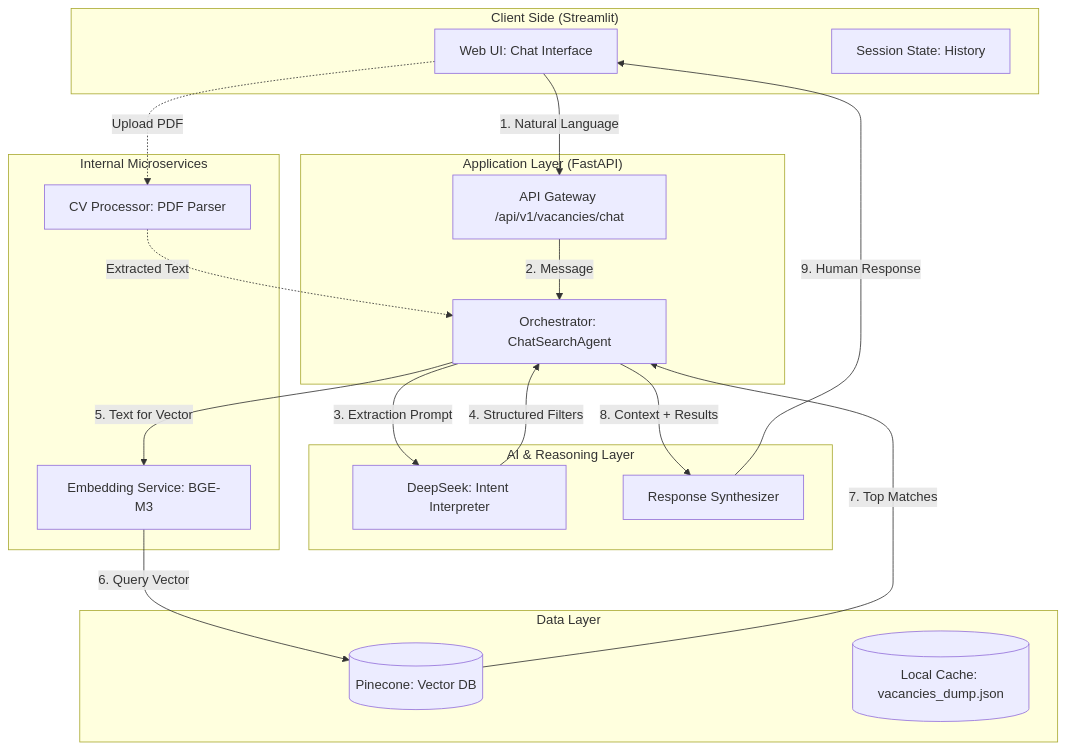
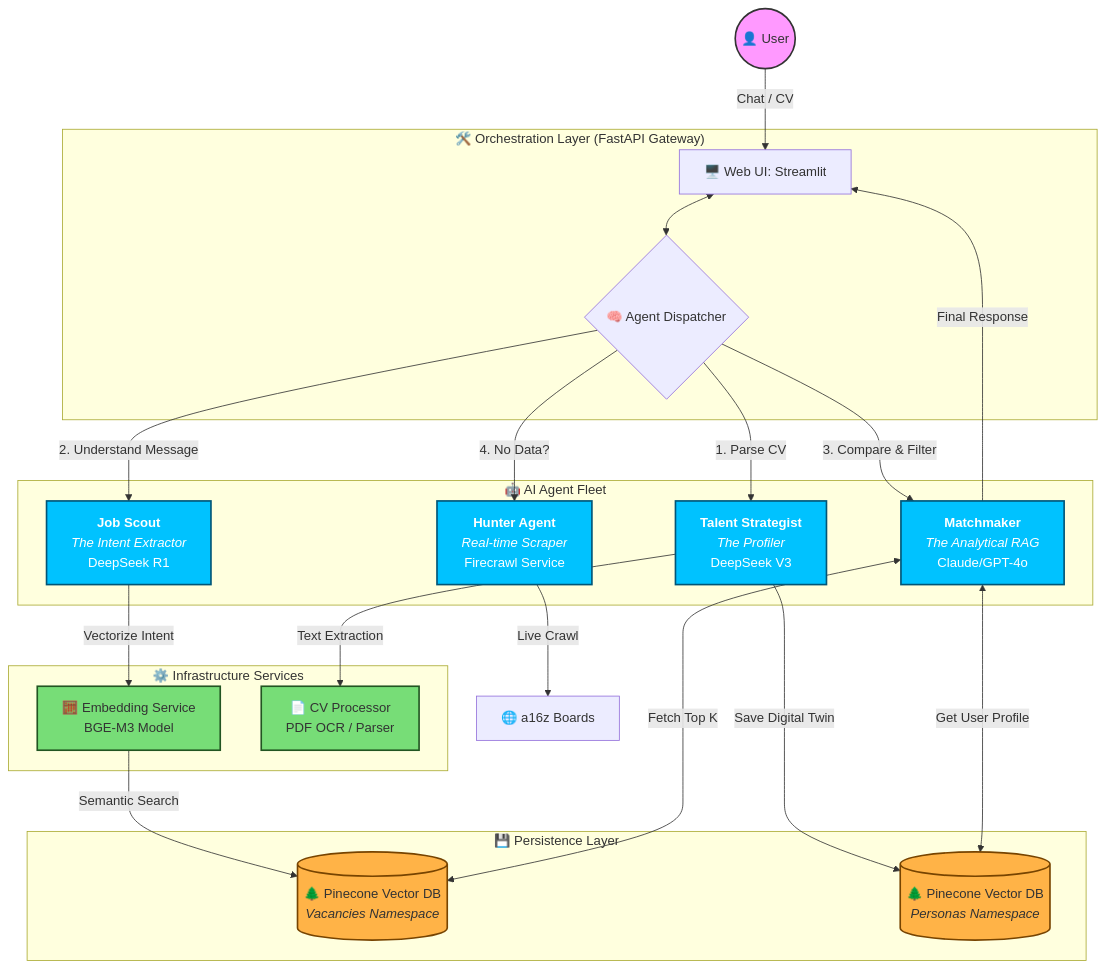
One commit to kkonst-bond-edu/funds-search changed the second of 5 diagrams in README.md. Above: the diagram before and after it, drawn with Mermaid. The commit also changed 2 other files, not shown here.

Commit message:
Update System Design diagram with multi-agent architecture details

````diff
--- a/README.md
+++ b/README.md
@@ -100,42 +100,54 @@
 ```mermaid
 graph TD
-    subgraph "Client Side (Streamlit)"
-        UI[Web UI: Chat Interface]
-        SS[Session State: History]
+    %% Colors and Styles
+    classDef user fill:#f9f,stroke:#333,stroke-width:2px;
+    classDef agent fill:#00c2ff,stroke:#005577,stroke-width:2px,color:#fff;
+    classDef service fill:#77dd77,stroke:#225522,stroke-width:2px;
+    classDef database fill:#ffb347,stroke:#774400,stroke-width:2px;
+
+    %% Client Side
+    USER((👤 User)):::user -->|Chat / CV| UI[🖥️ Web UI: Streamlit]
+
+    subgraph "🛠️ Orchestration Layer (FastAPI Gateway)"
+        UI <--> HUB{🧠 Agent Dispatcher}
     end
 
-    subgraph "Application Layer (FastAPI)"
-        ORC[Orchestrator: ChatSearchAgent]
-        API[API Gateway /api/v1/vacancies/chat]
+    %% Specialized Agents
+    subgraph "🤖 AI Agent Fleet"
+        TS[<b>Talent Strategist</b><br/><i>The Profiler</i><br/>DeepSeek V3]:::agent
+        JS[<b>Job Scout</b><br/><i>The Intent Extractor</i><br/>DeepSeek R1]:::agent
+        MM[<b>Matchmaker</b><br/><i>The Analytical RAG</i><br/>Claude/GPT-4o]:::agent
+        HA[<b>Hunter Agent</b><br/><i>Real-time Scraper</i><br/>Firecrawl Service]:::agent
     end
 
-    subgraph "AI & Reasoning Layer"
-        LLM[DeepSeek: Intent Interpreter]
-        RS[Response Synthesizer]
+    %% Internal Services
+    subgraph "⚙️ Infrastructure Services"
+        EMB[🧮 Embedding Service<br/>BGE-M3 Model]:::service
+        CV[📄 CV Processor<br/>PDF OCR / Parser]:::service
     end
 
-    subgraph "Internal Microservices"
-        EMB[Embedding Service: BGE-M3]
-        CV[CV Processor: PDF Parser]
+    %% Data Storage
+    subgraph "💾 Persistence Layer"
+        PC[(🌲 Pinecone Vector DB<br/><i>Vacancies Namespace</i>)]:::database
+        PC2[(🌲 Pinecone Vector DB<br/><i>Personas Namespace</i>)]:::database
     end
 
-    subgraph "Data Layer"
-        PC[(Pinecone: Vector DB)]
-        JSON[(Local Cache: vacancies_dump.json)]
-    end
+    %% Connections
+    HUB -->|1. Parse CV| TS
+    TS -->|Text Extraction| CV
+    TS -->|Save Digital Twin| PC2
 
-    %% Flow: User Query
-    UI -->|1. Natural Language| API
-    API -->|2. Message| ORC
-    ORC -->|3. Extraction Prompt| LLM
-    LLM -->|4. Structured Filters| ORC
-    ORC -->|5. Text for Vector| EMB
-    EMB -->|6. Query Vector| PC
-    PC -->|7. Top Matches| ORC
-    ORC -->|8. Context + Results| RS
-    RS -->|9. Human Response| UI
+    HUB -->|2. Understand Message| JS
+    JS -->|Vectorize Intent| EMB
+    EMB -->|Semantic Search| PC
 
-    %% Future CV Flow
-    UI -.->|Upload PDF| CV
-    CV -.->|Extracted Text| ORC
+    HUB -->|3. Compare & Filter| MM
+    MM <-->|Fetch Top K| PC
+    MM <-->|Get User Profile| PC2
+
+    HUB -->|4. No Data?| HA
+    HA -->|Live Crawl| a16z_Jobs[🌐 a16z Boards]
+
+    %% Feedback loop
+    MM -->|Final Response| UI
 ```
````
